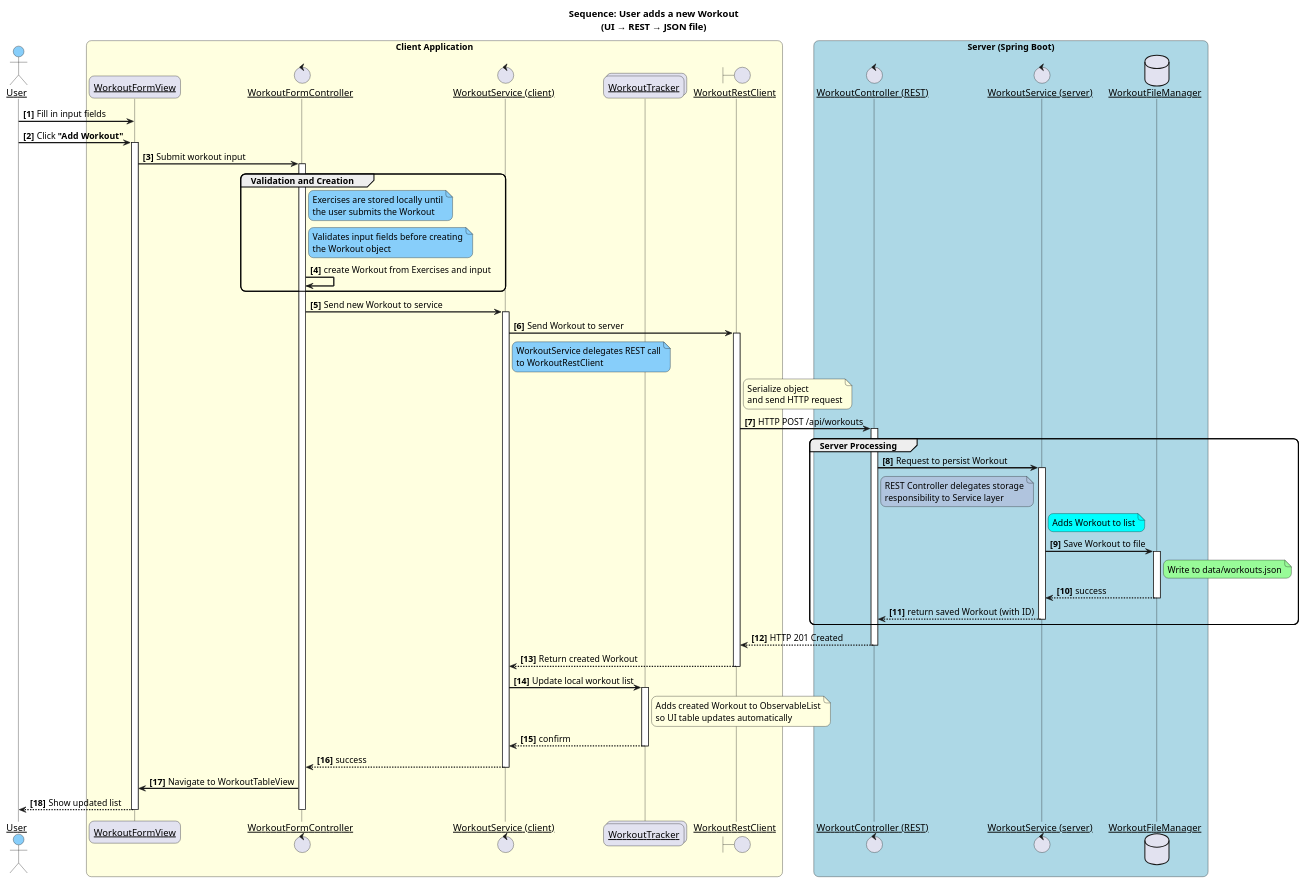
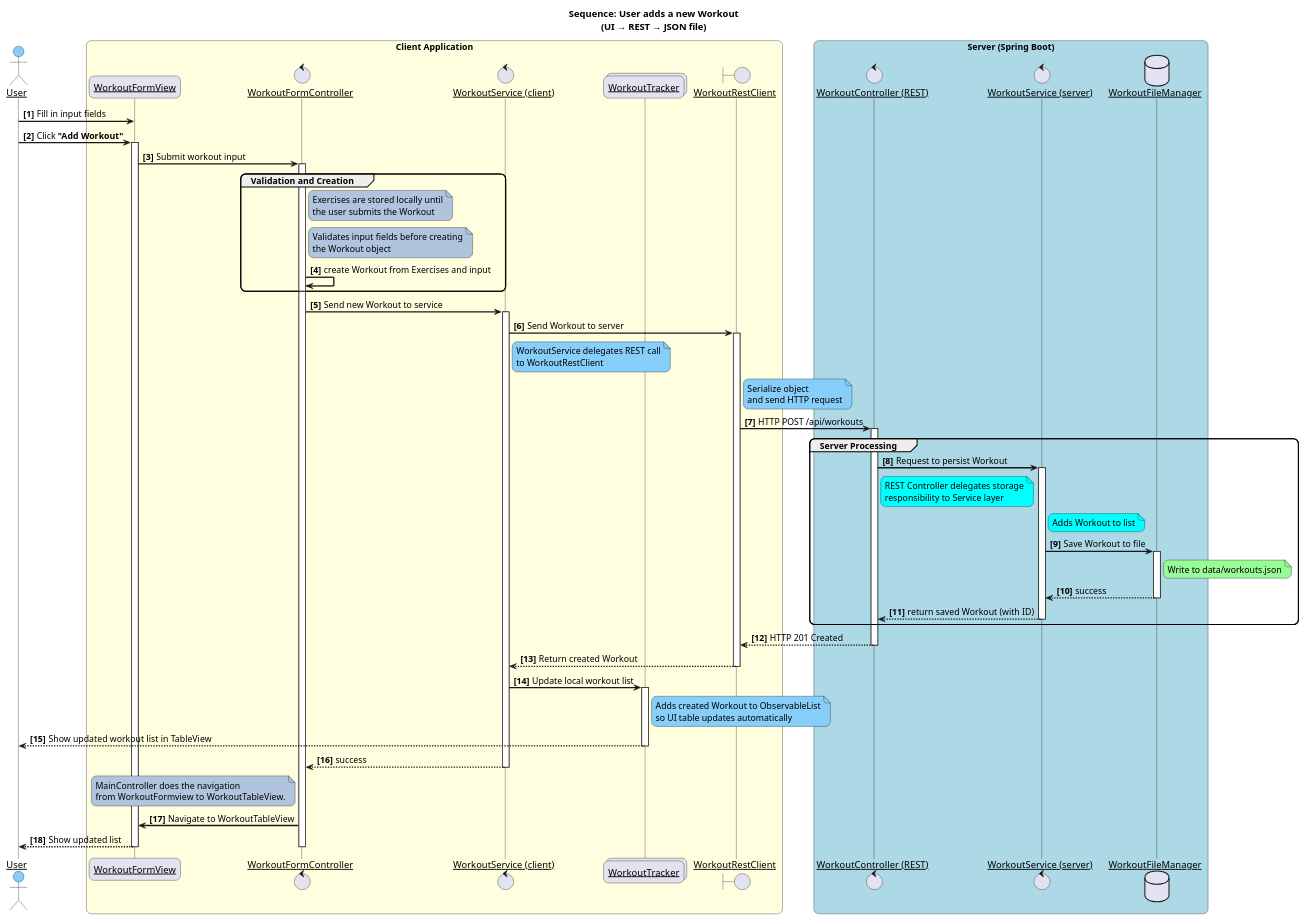
Before and after one commit to MadsNotland/ITP1901: the diagram in docs/release3/sequence-diagram.puml, drawn with PlantUML. The commit also changed other lines of this file, not shown here.

Commit message:
docs: improve sequence diagram with refined flow
Updated the sequence diagram for the "Add Workout" flow. Added clearer and more consistent color coding for readability (as described in comments). Adjusted the WorkoutTracker interaction and added a note clarifying that MainController handles navigation instead of FormView

See: #103

```diff
--- a/docs/release3/sequence-diagram.puml
+++ b/docs/release3/sequence-diagram.puml
@@ -23,102 +27,106 @@
 @startuml sequence-diagram
 '--- Styling ---
 skinparam sequenceArrowThickness 2
 skinparam roundcorner 15
 skinparam sequenceParticipant underline
 skinparam lifelineStrategy solid
 autonumber "<b>[0]"
 
 title <b>Sequence: User adds a new Workout</b>\n(UI → REST → JSON file)
 
 actor User #LightSkyBlue
 
 box "Client Application" #LightYellow
     participant "WorkoutFormView" as View
     control "WorkoutFormController" as Form
     control "WorkoutService (client)" as Service
     collections "WorkoutTracker" as Tracker
     boundary "WorkoutRestClient" as RestClient
 end box
 
 box "Server (Spring Boot)" #LightBlue
     control "WorkoutController (REST)" as ServerCtrl
     control "WorkoutService (server)" as ServerSvc
     database "WorkoutFileManager" as FileManager
 end box
 
 '--- Flow ---
 User -> View: Fill in input fields
 User -> View: Click <b>"Add Workout"</b>
 activate View
 View -> Form: Submit workout input
 activate Form
 
 
 group Validation and Creation
-    note right of Form #lightskyblue
+    note right of Form #lightsteelblue
         Exercises are stored locally until
         the user submits the Workout 
     end note
     
-    note right of Form #lightskyblue
+    note right of Form #lightsteelblue
         Validates input fields before creating
         the Workout object
     end note
 
     Form -> Form: create Workout from Exercises and input
 end
 
 Form -> Service: Send new Workout to service
 activate Service
 
 Service -> RestClient: Send Workout to server
 activate RestClient
 note right of Service #lightskyblue
     WorkoutService delegates REST call
     to WorkoutRestClient
 end note
 
-note right of RestClient: Serialize object\nand send HTTP request
+note right of RestClient #lightskyblue: Serialize object\nand send HTTP request
 RestClient -> ServerCtrl: HTTP POST /api/workouts
 activate ServerCtrl
 
 group Server Processing
     ServerCtrl -> ServerSvc: Request to persist Workout
-    note right of ServerCtrl #lightsteelblue
+    note right of ServerCtrl #aqua
         REST Controller delegates storage
         responsibility to Service layer
     end note
     activate ServerSvc
     note right of ServerSvc #aqua: Adds Workout to list
     ServerSvc -> FileManager: Save Workout to file
     activate FileManager
     note right of FileManager #palegreen: Write to data/workouts.json
     FileManager --> ServerSvc: success
     deactivate FileManager
     ServerSvc --> ServerCtrl: return saved Workout (with ID)
     deactivate ServerSvc
 end
 
 ServerCtrl --> RestClient: HTTP 201 Created
 deactivate ServerCtrl
 RestClient --> Service: Return created Workout
 deactivate RestClient
 
 Service -> Tracker: Update local workout list
 activate Tracker
-note right of Tracker #lightyellow
+note right of Tracker #lightskyblue
     Adds created Workout to ObservableList
     so UI table updates automatically
 end note
-Tracker --> Service: confirm
+Tracker --> User: Show updated workout list in TableView 
 deactivate Tracker
 
 Service --> Form: success
 deactivate Service
 
+note left of Form #lightsteelblue
+    MainController does the navigation
+    from WorkoutFormview to WorkoutTableView.
+end note
 Form -> View: Navigate to WorkoutTableView
 View --> User: Show updated list
 deactivate Form
 deactivate View
 
 @enduml
```
